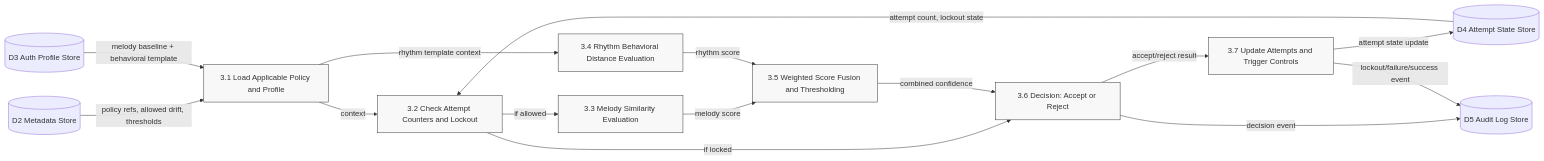
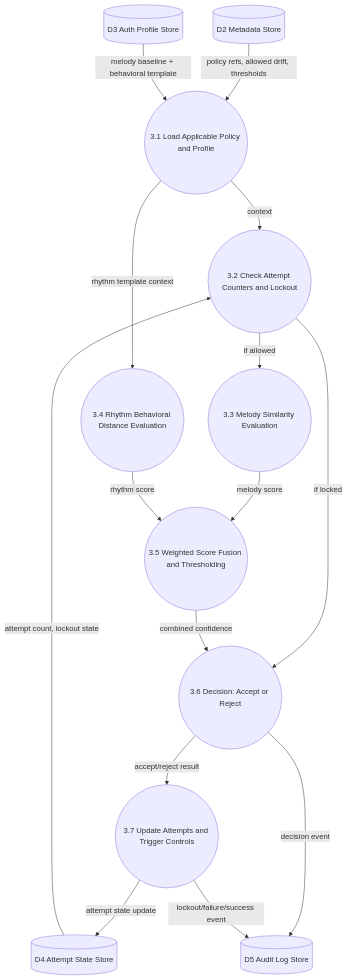
Before and after one commit to Aditya-KumarJha/MelodicVault: the seventh of 8 diagrams in diagram.md, drawn with Mermaid. The commit also changed other lines of this file, not shown here.

````diff
--- a/diagram.md
+++ b/diagram.md
@@ -359,38 +332,35 @@
 ```mermaid
-flowchart LR
+flowchart TB
 
-P31[3.1 Load Applicable Policy and Profile]
-P32[3.2 Check Attempt Counters and Lockout]
-P33[3.3 Melody Similarity Evaluation]
-P34[3.4 Rhythm Behavioral Distance Evaluation]
-P35[3.5 Weighted Score Fusion and Thresholding]
-P36[3.6 Decision: Accept or Reject]
-P37[3.7 Update Attempts and Trigger Controls]
+P31((3.1 Load Applicable Policy and Profile))
+P32((3.2 Check Attempt Counters and Lockout))
+P33((3.3 Melody Similarity Evaluation))
+P34((3.4 Rhythm Behavioral Distance Evaluation))
+P35((3.5 Weighted Score Fusion and Thresholding))
+P36((3.6 Decision: Accept or Reject))
+P37((3.7 Update Attempts and Trigger Controls))
 
 D2[(D2 Metadata Store)]
 D3[(D3 Auth Profile Store)]
 D4[(D4 Attempt State Store)]
 D5[(D5 Audit Log Store)]
 
 D2 -->|policy refs, allowed drift, thresholds| P31
 D3 -->|melody baseline + behavioral template| P31
 P31 -->|context| P32
 D4 -->|attempt count, lockout state| P32
 
 P32 -->|if allowed| P33
 P32 -->|if locked| P36
 
 P33 -->|melody score| P35
 P34 -->|rhythm score| P35
 P31 -->|rhythm template context| P34
 
 P35 -->|combined confidence| P36
 P36 -->|accept/reject result| P37
 
 P37 -->|attempt state update| D4
 P36 -->|decision event| D5
 P37 -->|lockout/failure/success event| D5
-
-classDef squared fill:#f8f8f8,stroke:#333,stroke-width:1,rx:0,ry:0;
-class P31,P32,P33,P34,P35,P36,P37 squared
 ```
````
